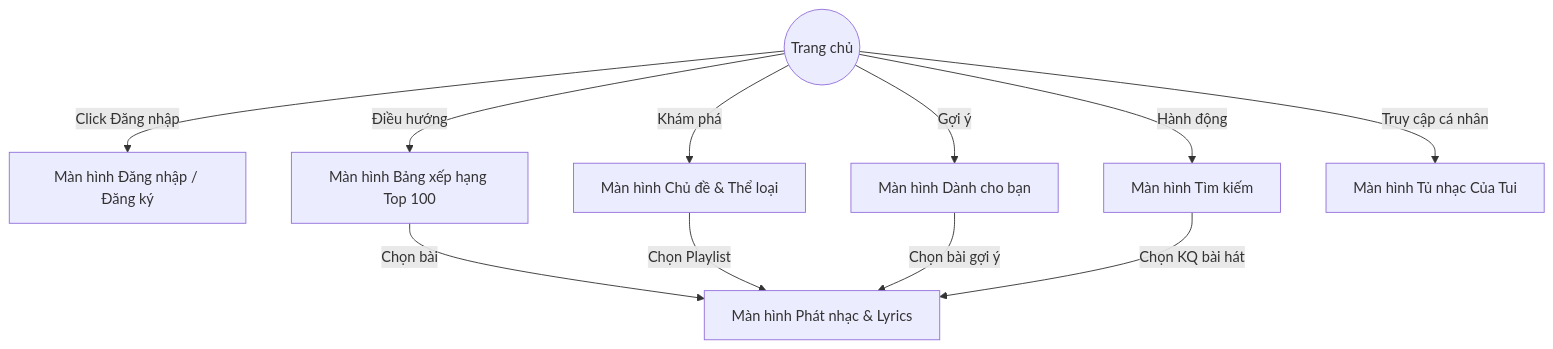
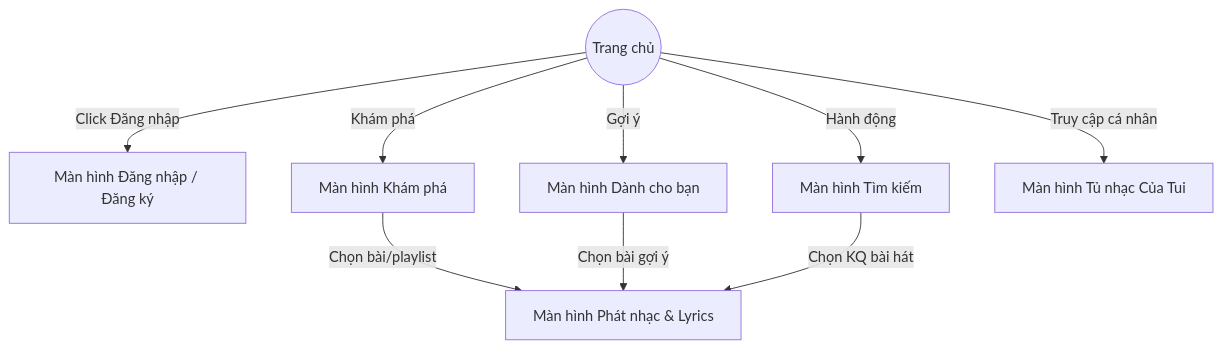
Before and after one commit to NguyenThaiVinh0494/DACNPM_OnlineMusicStreamingWebsite: the fourth of 5 diagrams in Tài Liệu/SRS.md, drawn with Mermaid. The commit also changed other lines of this file and 1 other file, not shown here.

````diff
--- a/Tài Liệu/SRS.md
+++ b/Tài Liệu/SRS.md
@@ -617,22 +671,19 @@
 ```mermaid
 graph TD
     Start((Trang chủ))
     Login[Màn hình Đăng nhập / Đăng ký]
     Search[Màn hình Tìm kiếm]
-    Rank[Màn hình Bảng xếp hạng Top 100]
-    Topic[Màn hình Chủ đề & Thể loại]
+    Discover[Màn hình Khám phá]
     ForYou[Màn hình Dành cho bạn]
     Player[Màn hình Phát nhạc & Lyrics]
     Library[Màn hình Tủ nhạc Của Tui]
 
-    Start --> |Điều hướng| Rank
-    Start --> |Khám phá| Topic
+    Start --> |Khám phá| Discover
     Start --> |Gợi ý| ForYou
     Start --> |Hành động| Search
     Start --> |Click Đăng nhập| Login
-    Rank --> |Chọn bài| Player
-    Topic --> |Chọn Playlist| Player
+    Discover --> |Chọn bài/playlist| Player
     ForYou --> |Chọn bài gợi ý| Player
     Search --> |Chọn KQ bài hát| Player
     Start --> |Truy cập cá nhân| Library
 ```
````
